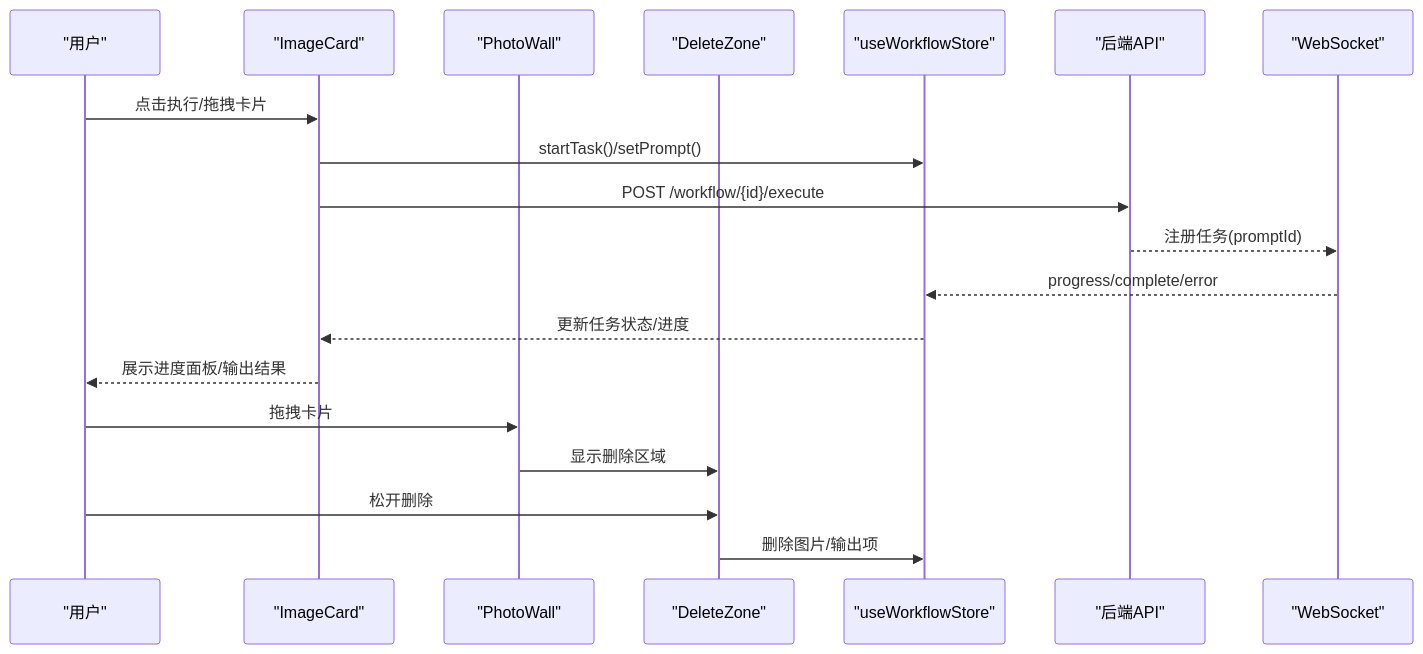
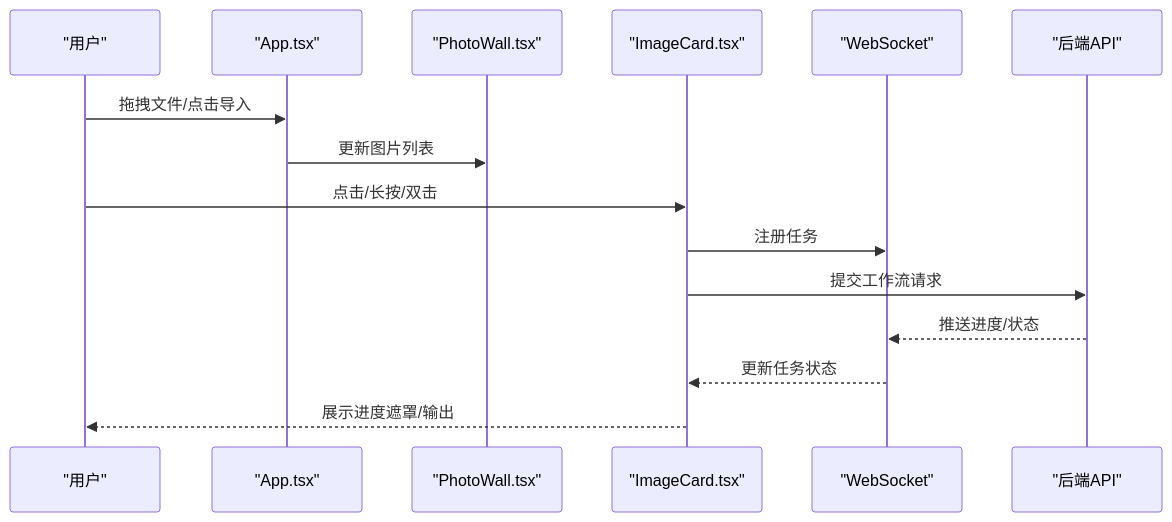
One commit to billye220670/CorineKit_Pix2Real changed the second of 3 diagrams in .qoder/repowiki/zh/content/用户界面组件/用户界面组件.md. Above: the diagram before and after it, drawn with Mermaid. The commit also changed other lines of this file and 315 other files, not shown here.

````diff
--- a/.qoder/repowiki/zh/content/用户界面组件/用户界面组件.md
+++ b/.qoder/repowiki/zh/content/用户界面组件/用户界面组件.md
@@ -165,21 +104,17 @@
 ```mermaid
 sequenceDiagram
 participant U as "用户"
-participant IC as "ImageCard"
-participant PW as "PhotoWall"
-participant DDZ as "DeleteZone"
-participant WFS as "useWorkflowStore"
+participant App as "App.tsx"
+participant PW as "PhotoWall.tsx"
+participant IC as "ImageCard.tsx"
+participant WS as "WebSocket"
 participant API as "后端API"
-participant WS as "WebSocket"
-U->>IC : 点击执行/拖拽卡片
-IC->>WFS : startTask()/setPrompt()
-IC->>API : POST /workflow/{id}/execute
-API-->>WS : 注册任务(promptId)
-WS-->>WFS : progress/complete/error
-WFS-->>IC : 更新任务状态/进度
-IC-->>U : 展示进度面板/输出结果
-U->>PW : 拖拽卡片
-PW->>DDZ : 显示删除区域
-U->>DDZ : 松开删除
-DDZ->>WFS : 删除图片/输出项
+U->>App : 拖拽文件/点击导入
+App->>PW : 更新图片列表
+U->>IC : 点击/长按/双击
+IC->>WS : 注册任务
+IC->>API : 提交工作流请求
+API-->>WS : 推送进度/状态
+WS-->>IC : 更新任务状态
+IC-->>U : 展示进度遮罩/输出
 ```
````
